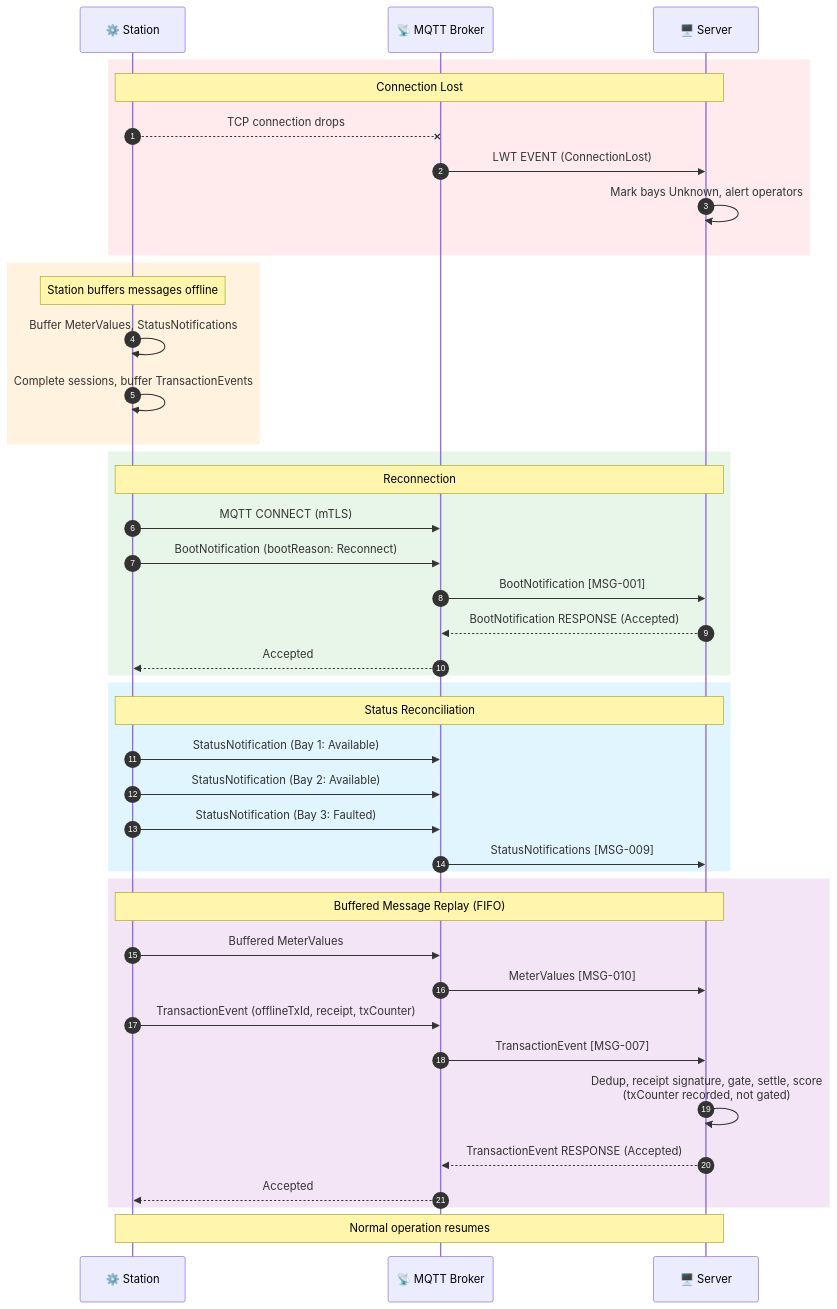
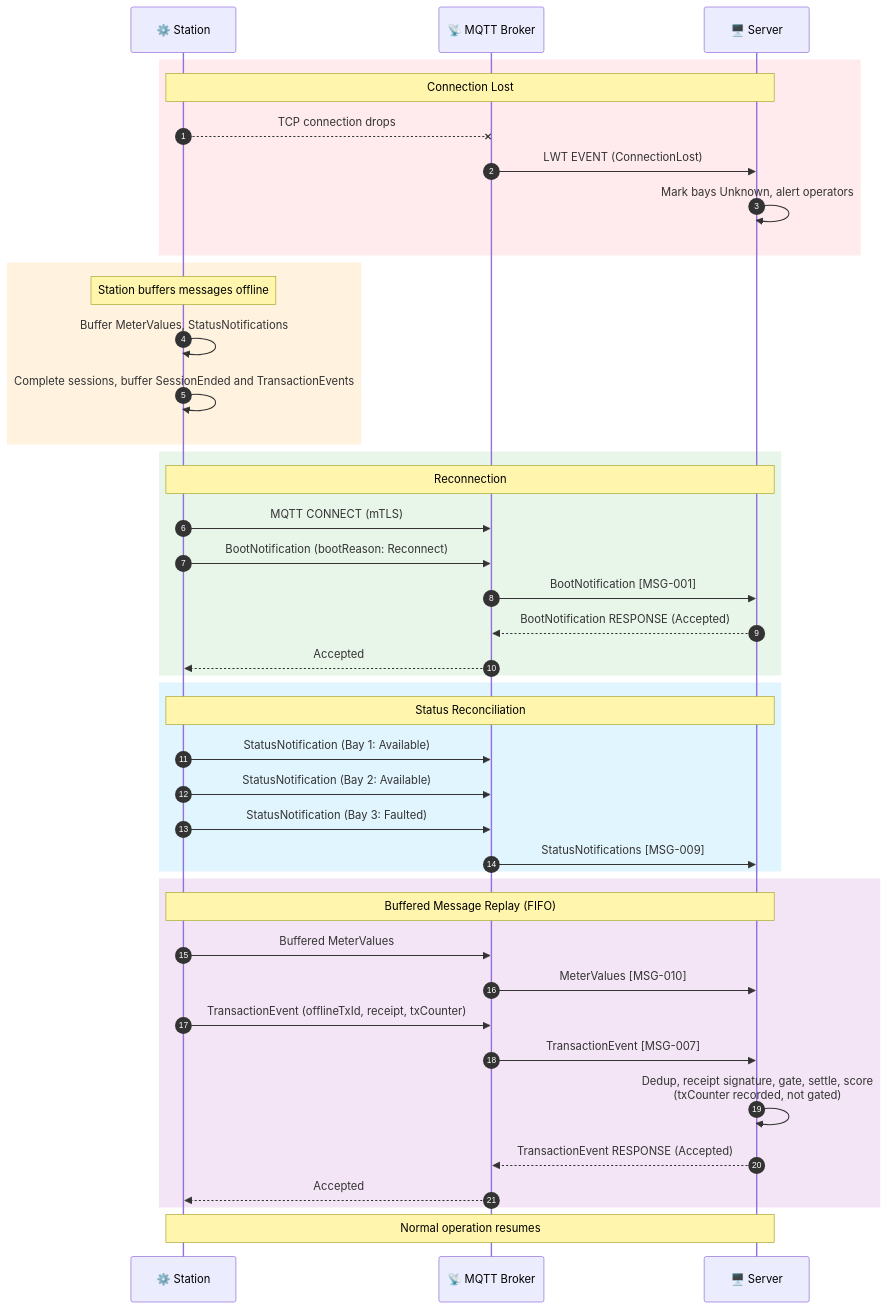
Before and after one commit to ospp-org/spec: the seventh of 7 diagrams in diagrams/README.md, drawn with Mermaid. The commit also changed 16 other files, not shown here.

````diff
--- a/diagrams/README.md
+++ b/diagrams/README.md
@@ -300,51 +300,51 @@
 ```mermaid
 sequenceDiagram
     autonumber
 
     participant Station as ⚙️ Station
     participant Broker as 📡 MQTT Broker
     participant Server as 🖥️ Server
 
     rect rgb(255, 235, 238)
         Note over Station,Server: Connection Lost
         Station--xBroker: TCP connection drops
         Broker->>Server: LWT EVENT (ConnectionLost)
         Server->>Server: Mark bays Unknown, alert operators
     end
 
     rect rgb(255, 243, 224)
         Note over Station: Station buffers messages offline
         Station->>Station: Buffer MeterValues, StatusNotifications
-        Station->>Station: Complete sessions, buffer TransactionEvents
+        Station->>Station: Complete sessions, buffer SessionEnded and TransactionEvents
     end
 
     rect rgb(232, 245, 233)
         Note over Station,Server: Reconnection
         Station->>Broker: MQTT CONNECT (mTLS)
         Station->>Broker: BootNotification (bootReason: Reconnect)
         Broker->>Server: BootNotification [MSG-001]
         Server-->>Broker: BootNotification RESPONSE (Accepted)
         Broker-->>Station: Accepted
     end
 
     rect rgb(225, 245, 254)
         Note over Station,Server: Status Reconciliation
         Station->>Broker: StatusNotification (Bay 1: Available)
         Station->>Broker: StatusNotification (Bay 2: Available)
         Station->>Broker: StatusNotification (Bay 3: Faulted)
         Broker->>Server: StatusNotifications [MSG-009]
     end
 
     rect rgb(243, 229, 245)
         Note over Station,Server: Buffered Message Replay (FIFO)
         Station->>Broker: Buffered MeterValues
         Broker->>Server: MeterValues [MSG-010]
         Station->>Broker: TransactionEvent (offlineTxId, receipt, txCounter)
         Broker->>Server: TransactionEvent [MSG-007]
         Server->>Server: Dedup, receipt signature, gate, settle, score<br/>(txCounter recorded, not gated)
         Server-->>Broker: TransactionEvent RESPONSE (Accepted)
         Broker-->>Station: Accepted
     end
 
     Note over Station,Server: Normal operation resumes
 ```
````
